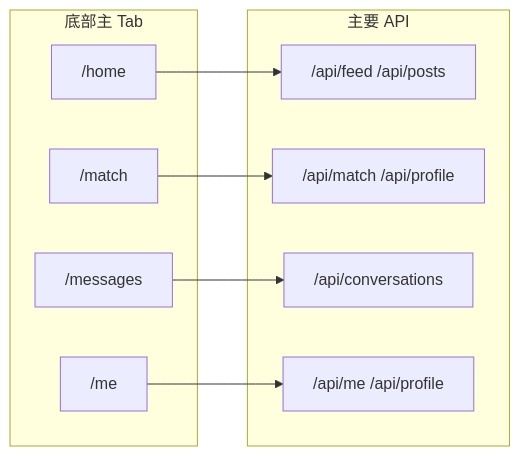
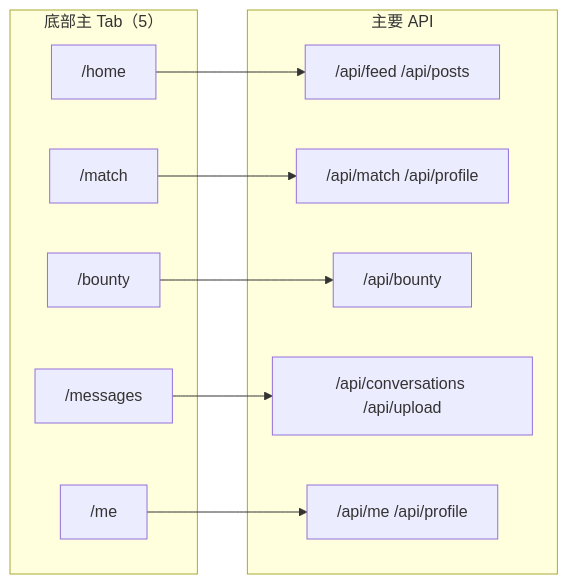
Before and after one commit to FrankDengAI/founder-bridge-AI: diagram 13 of 13 in README.md, drawn with Mermaid. The commit also changed other lines of this file and 63 other files, not shown here.

````diff
--- a/README.md
+++ b/README.md
@@ -1320,21 +1509,24 @@
 ```mermaid
 flowchart LR
-  subgraph Tabs ["底部主 Tab"]
+  subgraph Tabs ["底部主 Tab（5）"]
     H["/home"]
     Ma["/match"]
+    Bo["/bounty"]
     Me["/messages"]
     My["/me"]
   end
 
   subgraph APIs ["主要 API"]
     A1["/api/feed /api/posts"]
     A2["/api/match /api/profile"]
-    A3["/api/conversations"]
-    A4["/api/me /api/profile"]
+    A3["/api/bounty"]
+    A4["/api/conversations /api/upload"]
+    A5["/api/me /api/profile"]
   end
 
   H --> A1
   Ma --> A2
-  Me --> A3
-  My --> A4
+  Bo --> A3
+  Me --> A4
+  My --> A5
 ```
````
